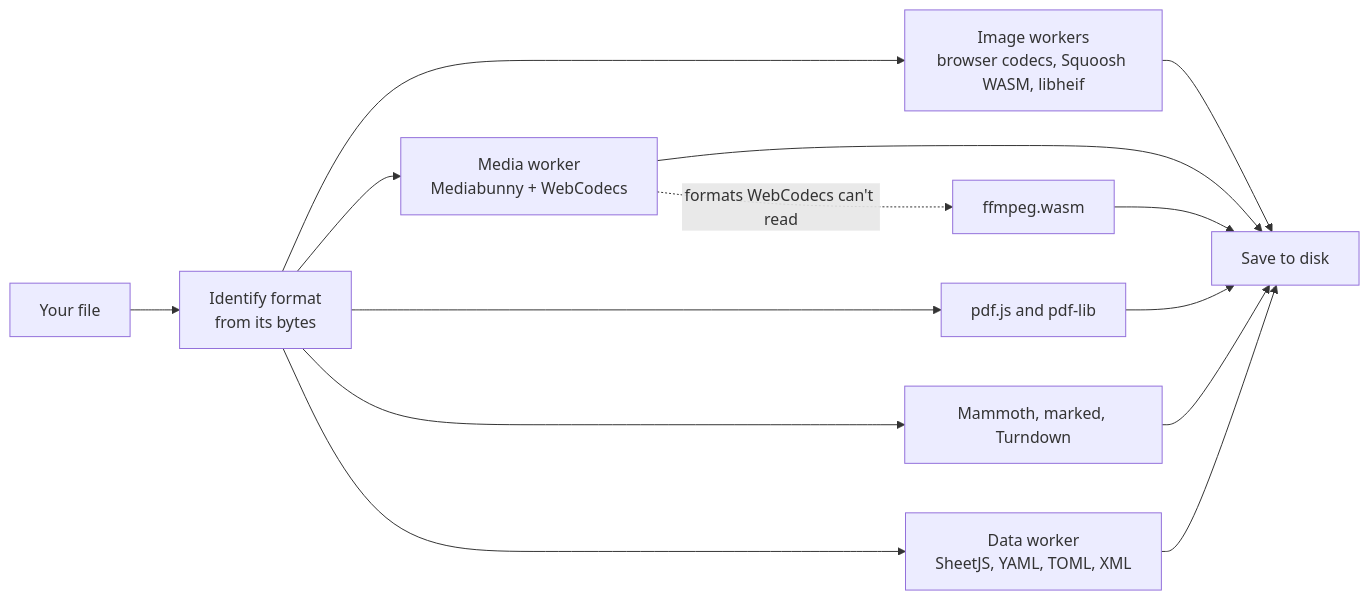
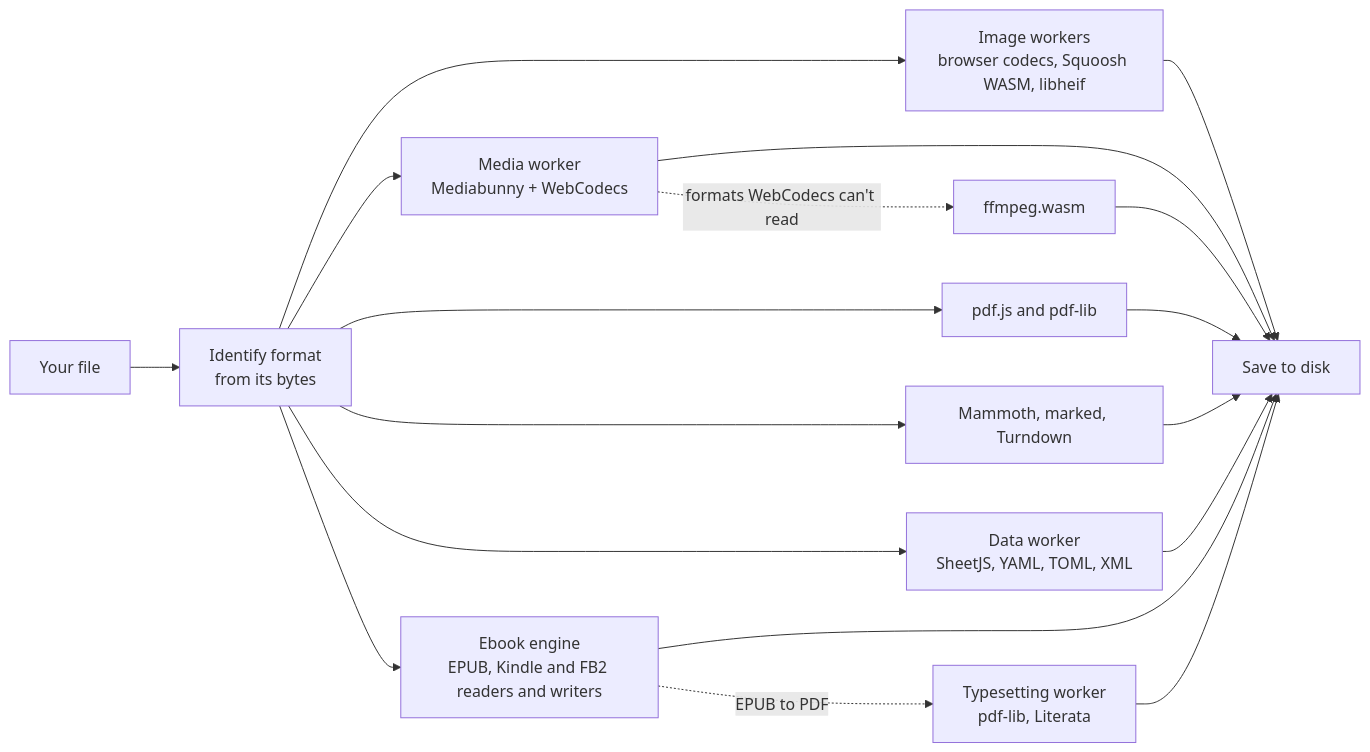
Before and after one commit to joshuafitzmorris/decant: the diagram in README.md, drawn with Mermaid. The commit also changed other lines of this file and 69 other files, not shown here.

````diff
--- a/README.md
+++ b/README.md
@@ -40,11 +43,13 @@
 ```mermaid
 flowchart LR
   file[Your file] --> sniff[Identify format<br/>from its bytes]
   sniff --> image[Image workers<br/>browser codecs, Squoosh WASM, libheif]
   sniff --> media[Media worker<br/>Mediabunny + WebCodecs]
   media -. formats WebCodecs can't read .-> ffmpeg[ffmpeg.wasm]
   sniff --> pdf[pdf.js and pdf-lib]
   sniff --> docs[Mammoth, marked, Turndown]
   sniff --> data[Data worker<br/>SheetJS, YAML, TOML, XML]
-  image & media & ffmpeg & pdf & docs & data --> save[Save to disk]
+  sniff --> ebook[Ebook engine<br/>EPUB, Kindle and FB2 readers and writers]
+  ebook -. EPUB to PDF .-> typeset[Typesetting worker<br/>pdf-lib, Literata]
+  image & media & ffmpeg & pdf & docs & data & ebook & typeset --> save[Save to disk]
 ```
````
